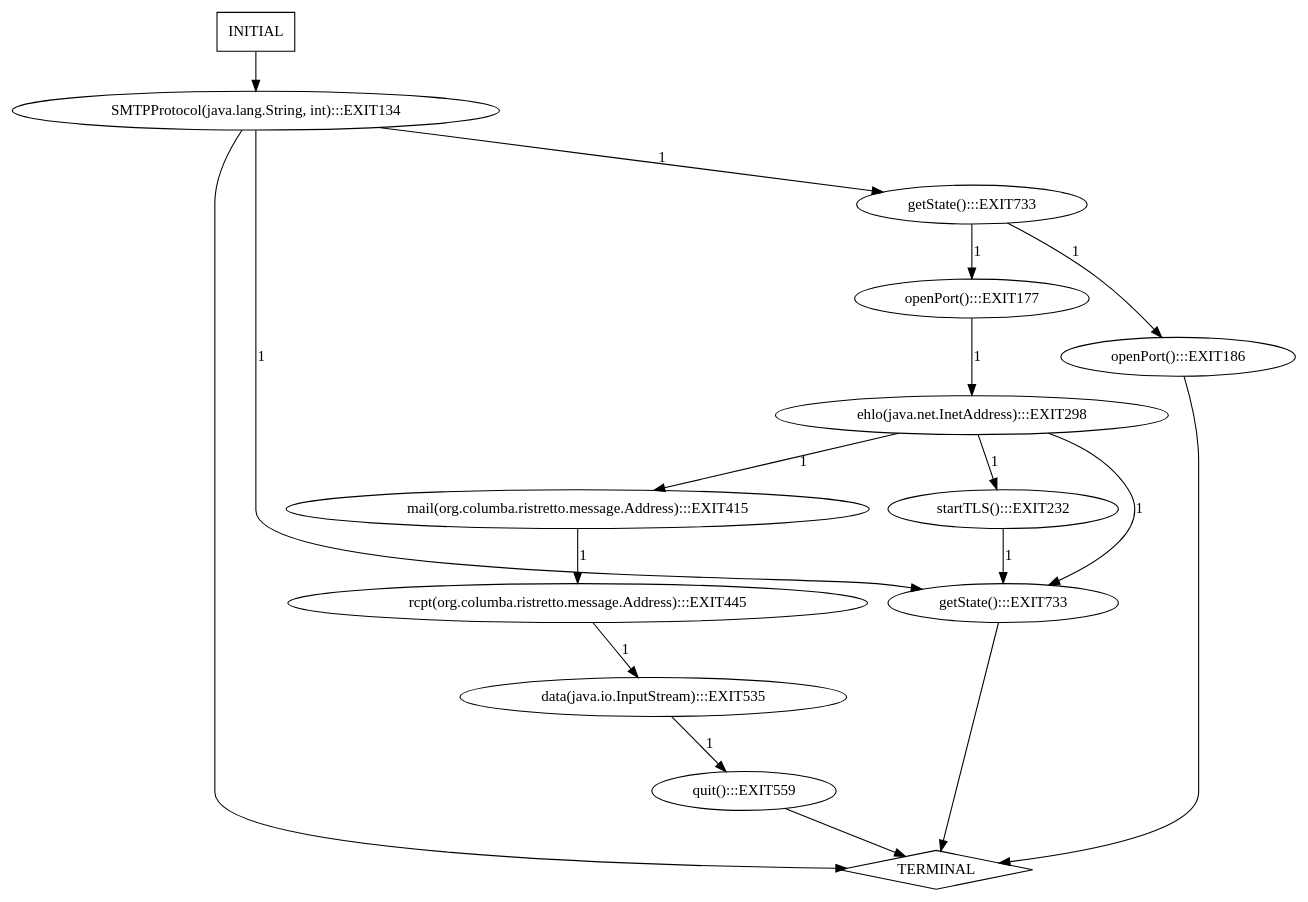
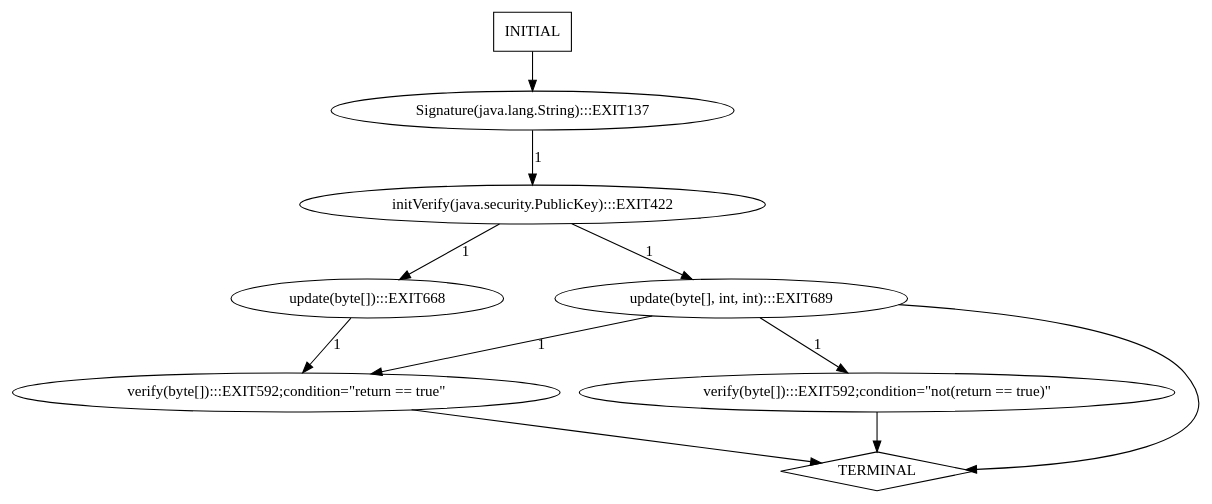
One commit to annadeng/Universal-Model-Inference changed the diagram in bestchai-perfume-frontend-85f927d03b0c/tmp/perfumetest.dot. Above: the diagram before and after it, drawn with Graphviz. The commit also changed 13 other files, not shown here.

```diff
--- a/bestchai-perfume-frontend-85f927d03b0c/tmp/perfumetest.dot
+++ b/bestchai-perfume-frontend-85f927d03b0c/tmp/perfumetest.dot
@@ -1,32 +1,20 @@
 digraph G {
-  0 [label="SMTPProtocol(java.lang.String, int):::EXIT134"];
-  1 [label="data(java.io.InputStream):::EXIT535"];
-  2 [label="ehlo(java.net.InetAddress):::EXIT298"];
-  3 [label="getState():::EXIT733"];
-  4 [label="getState():::EXIT733"];
-  5 [label="mail(org.columba.ristretto.message.Address):::EXIT415"];
-  6 [label="openPort():::EXIT177"];
-  7 [label="openPort():::EXIT186"];
-  8 [label="quit():::EXIT559"];
-  9 [label="rcpt(org.columba.ristretto.message.Address):::EXIT445"];
-  10 [label="startTLS():::EXIT232"];
-  11 [label="TERMINAL",shape=diamond];
-  12 [label="INITIAL",shape=box];
-0->3 [label="1"];
-0->4 [label="1"];
-0->11 [label=""];
-1->8 [label="1"];
-2->3 [label="1"];
+  0 [label="Signature(java.lang.String):::EXIT137"];
+  1 [label="initVerify(java.security.PublicKey):::EXIT422"];
+  2 [label="update(byte[]):::EXIT668"];
+  3 [label="update(byte[], int, int):::EXIT689"];
+  4 [label="verify(byte[]):::EXIT592;condition=\"not(return == true)\""];
+  5 [label="verify(byte[]):::EXIT592;condition=\"return == true\""];
+  6 [label="TERMINAL",shape=diamond];
+  7 [label="INITIAL",shape=box];
+0->1 [label="1"];
+1->2 [label="1"];
+1->3 [label="1"];
 2->5 [label="1"];
-2->10 [label="1"];
-3->11 [label=""];
-4->6 [label="1"];
-4->7 [label="1"];
-5->9 [label="1"];
-6->2 [label="1"];
-7->11 [label=""];
-8->11 [label=""];
-9->1 [label="1"];
-10->3 [label="1"];
-12->0 [label=""];
+3->4 [label="1"];
+3->5 [label="1"];
+3->6 [label=""];
+4->6 [label=""];
+5->6 [label=""];
+7->0 [label=""];
 }
```
